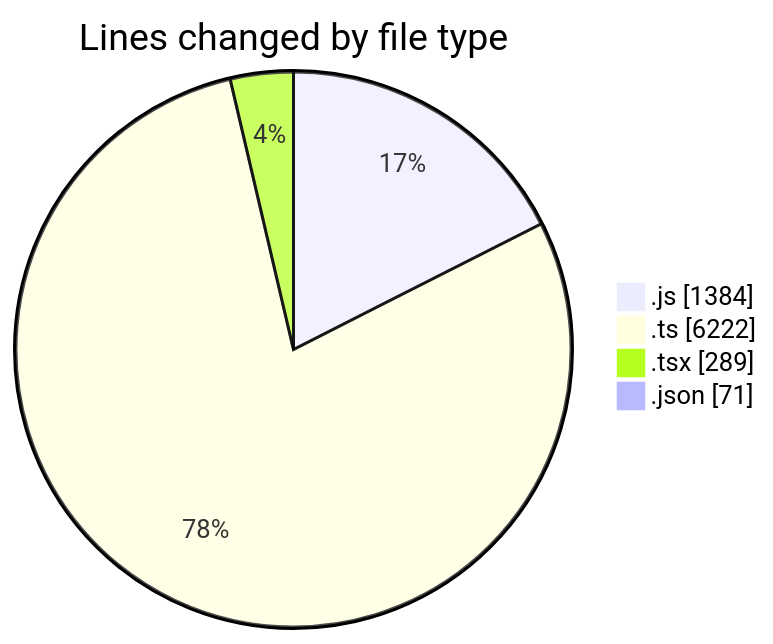
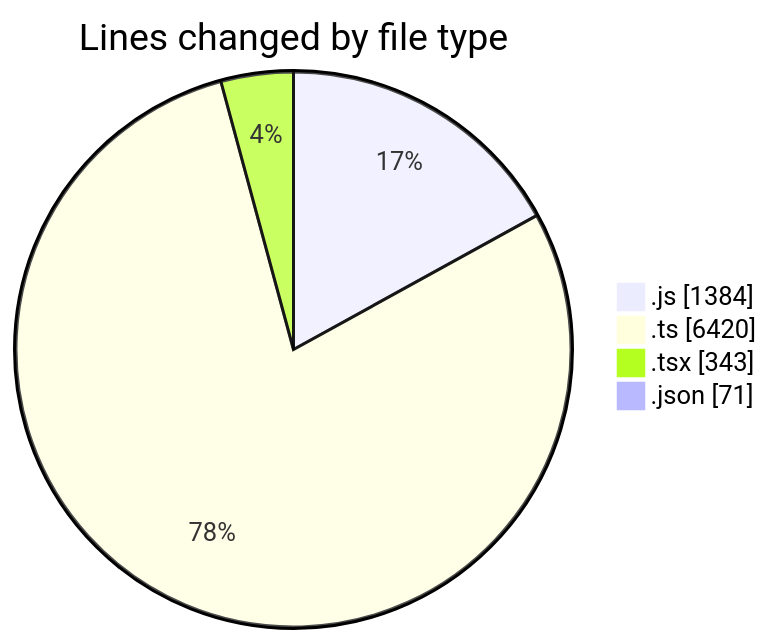
Before and after one commit to momahboobian/code-tracking: the first of 2 diagrams in 2026-02-04/cda/README.md, drawn with Mermaid. The commit also changed other lines of this file and 1 other file, not shown here.

````diff
--- a/2026-02-04/cda/README.md
+++ b/2026-02-04/cda/README.md
@@ -28,8 +30,8 @@
 ```mermaid
 pie showData
 title Lines changed by file type
 ".js" : 1384
-".ts" : 6222
-".tsx" : 289
+".ts" : 6420
+".tsx" : 343
 ".json" : 71
 ```
````
